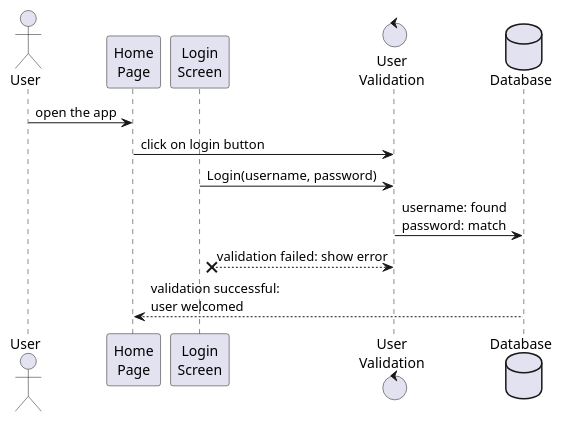
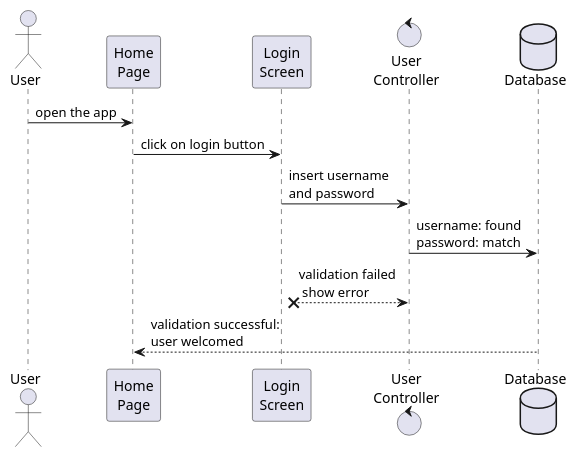
The diagram in src/main/java/unipa/fooddelivery/diagrams/sequence/loginsequence.wsd (TommasoScalici/FoodDelivery), drawn with PlantUML before and after one commit. The commit also changed 1 other file, not shown here.

```diff
--- a/src/main/java/unipa/fooddelivery/diagrams/sequence/loginsequence.wsd
+++ b/src/main/java/unipa/fooddelivery/diagrams/sequence/loginsequence.wsd
@@ -1,15 +1,15 @@
 @startuml Login Sequence Diagram
 
 actor User
 participant "Home\nPage" as HomePage
 participant "Login\nScreen" as LoginScreen
-control "User\nValidation" as UserValidation
+control "User\nController" as UserController
 database Database
 
 User -> HomePage : open the app
-HomePage -> UserValidation : click on login button
-LoginScreen -> UserValidation : Login(username, password)
-UserValidation -> Database : username: found\npassword: match
-LoginScreen x-- UserValidation : validation failed: show error
+HomePage -> LoginScreen : click on login button
+LoginScreen -> UserController : insert username \nand password
+UserController -> Database : username: found\npassword: match
+LoginScreen x-- UserController : validation failed\n show error
 HomePage <-- Database : validation successful:\nuser welcomed
 @enduml
```
